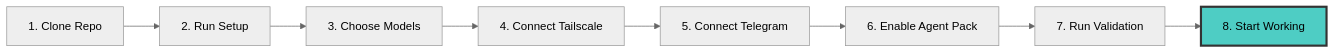
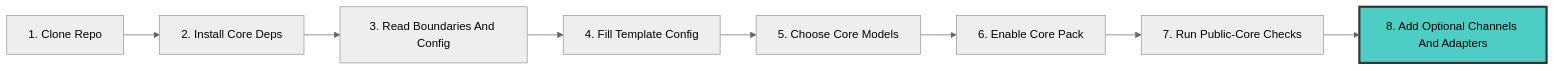
The fourth of 4 diagrams in README.md (alessiolidoz-hash/HyperClaw-Max), drawn with Mermaid (neutral theme) before and after one commit. The commit also changed other lines of this file and 58 other files, not shown here.

Commit message:
feat: land public-core install and audit surfaces

````diff
--- a/README.md
+++ b/README.md
@@ -492,12 +517,12 @@
 ```mermaid
 graph LR
-    A[1. Clone Repo] --> B[2. Run Setup]
-    B --> C[3. Choose Models]
-    C --> D[4. Connect Tailscale]
-    D --> E[5. Connect Telegram]
-    E --> F[6. Enable Agent Pack]
-    F --> G[7. Run Validation]
-    G --> H[8. Start Working]
+    A[1. Clone Repo] --> B[2. Install Core Deps]
+    B --> C[3. Read Boundaries And Config]
+    C --> D[4. Fill Template Config]
+    D --> E[5. Choose Core Models]
+    E --> F[6. Enable Core Pack]
+    F --> G[7. Run Public-Core Checks]
+    G --> H[8. Add Optional Channels And Adapters]
     
     style H fill:#4ecdc4,stroke:#333,stroke-width:3px
 ```
````
